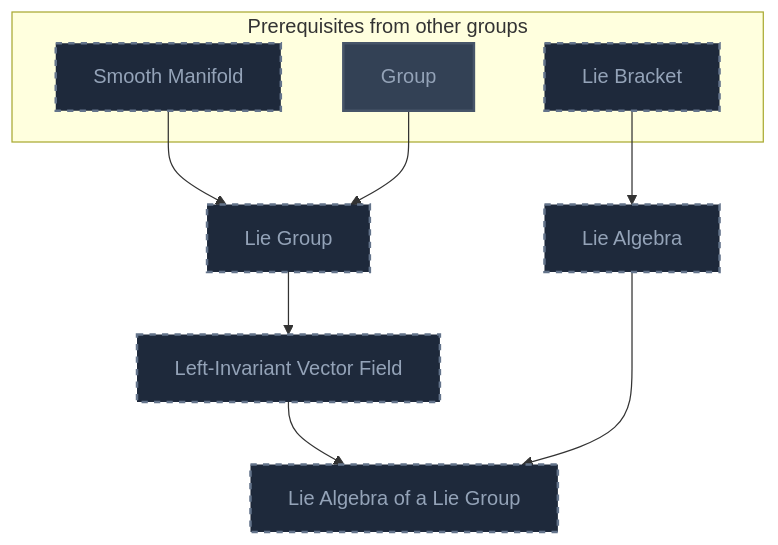
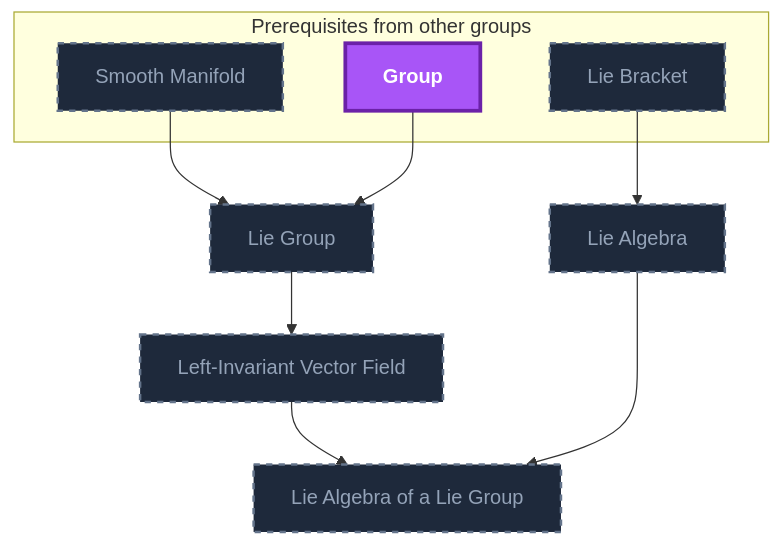
Before and after one commit to MRauf1/My-Notes: diagram 15 of 21 in Gamification/Skill Trees/Differential Geometry.md, drawn with Mermaid. The commit also changed other lines of this file and 57 other files, not shown here.

````diff
--- a/Gamification/Skill Trees/Differential Geometry.md
+++ b/Gamification/Skill Trees/Differential Geometry.md
@@ -1076,30 +1080,30 @@
 ```mermaid
 flowchart TD
     classDef planned fill:#1E293B,stroke:#64748B,stroke-width:2px,stroke-dasharray:5 5,color:#94A3B8;
     classDef locked fill:#334155,stroke:#475569,stroke-width:2px,color:#94A3B8;
     classDef L0 fill:#F1F5F9,stroke:#94A3B8,stroke-width:2px,color:#000000;
     classDef L1 fill:#22C55E,stroke:#15803D,stroke-width:2px,color:#000000;
     classDef L2 fill:#3B82F6,stroke:#1D4ED8,stroke-width:3px,color:#FFFFFF;
     classDef L3 fill:#A855F7,stroke:#6B21A8,stroke-width:3px,color:#FFFFFF,font-weight:bold;
     classDef L4 fill:#F97316,stroke:#C2410C,stroke-width:4px,color:#000000,font-weight:bold;
     classDef L5 fill:#FFD700,stroke:#FF8C00,stroke-width:5px,color:#000000,font-weight:bold;
     classDef rusty stroke:#8B4513,stroke-width:4px,stroke-dasharray:3 3;
     subgraph sg_prereqs["Prerequisites from other groups"]
         n_smooth_manifold["Smooth Manifold"]
         n_group["Group"]
         n_lie_bracket["Lie Bracket"]
     end
     n_lie_group["Lie Group"]
     n_left_invariant_vector_field["Left-Invariant Vector Field"]
     n_lie_algebra["Lie Algebra"]
     n_lie_algebra_of_a_lie_group["Lie Algebra of a Lie Group"]
     n_smooth_manifold --> n_lie_group
     n_group --> n_lie_group
     n_lie_group --> n_left_invariant_vector_field
     n_lie_bracket --> n_lie_algebra
     n_left_invariant_vector_field --> n_lie_algebra_of_a_lie_group
     n_lie_algebra --> n_lie_algebra_of_a_lie_group
     class n_smooth_manifold,n_lie_bracket,n_lie_group,n_left_invariant_vector_field,n_lie_algebra,n_lie_algebra_of_a_lie_group planned;
-    class n_group locked;
+    class n_group L3;
     class n_group internal-link;
 ```
````
